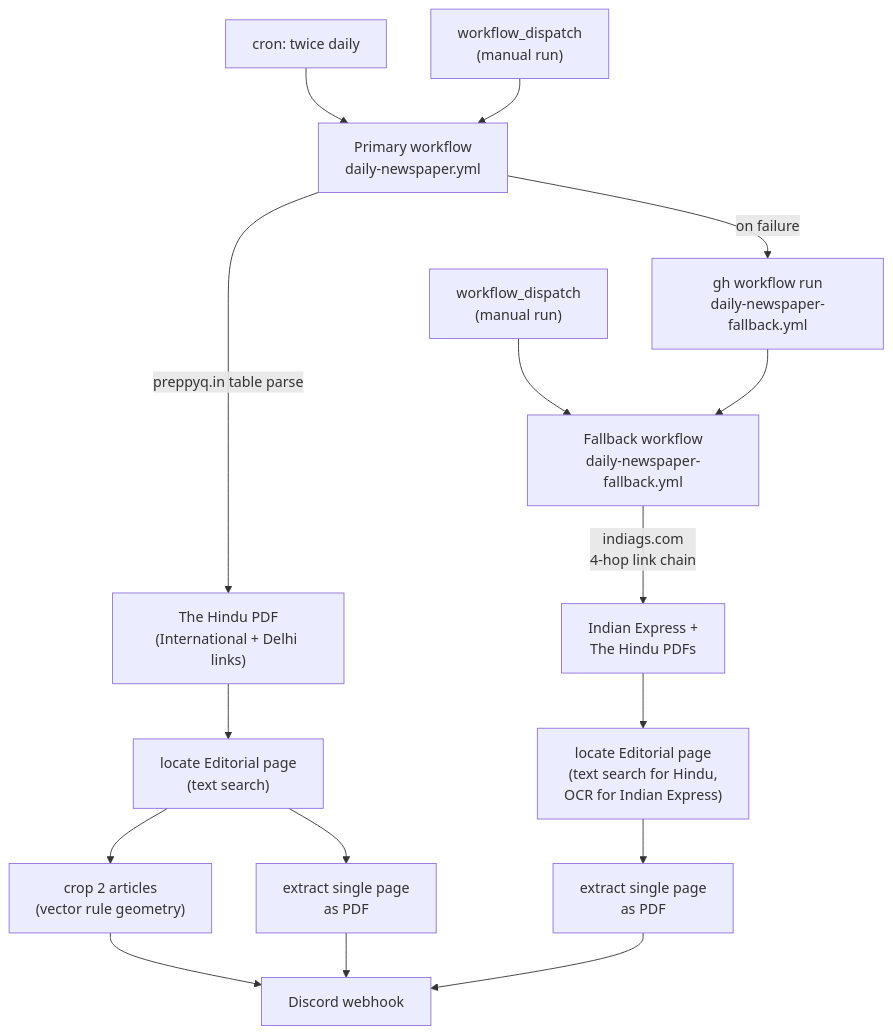
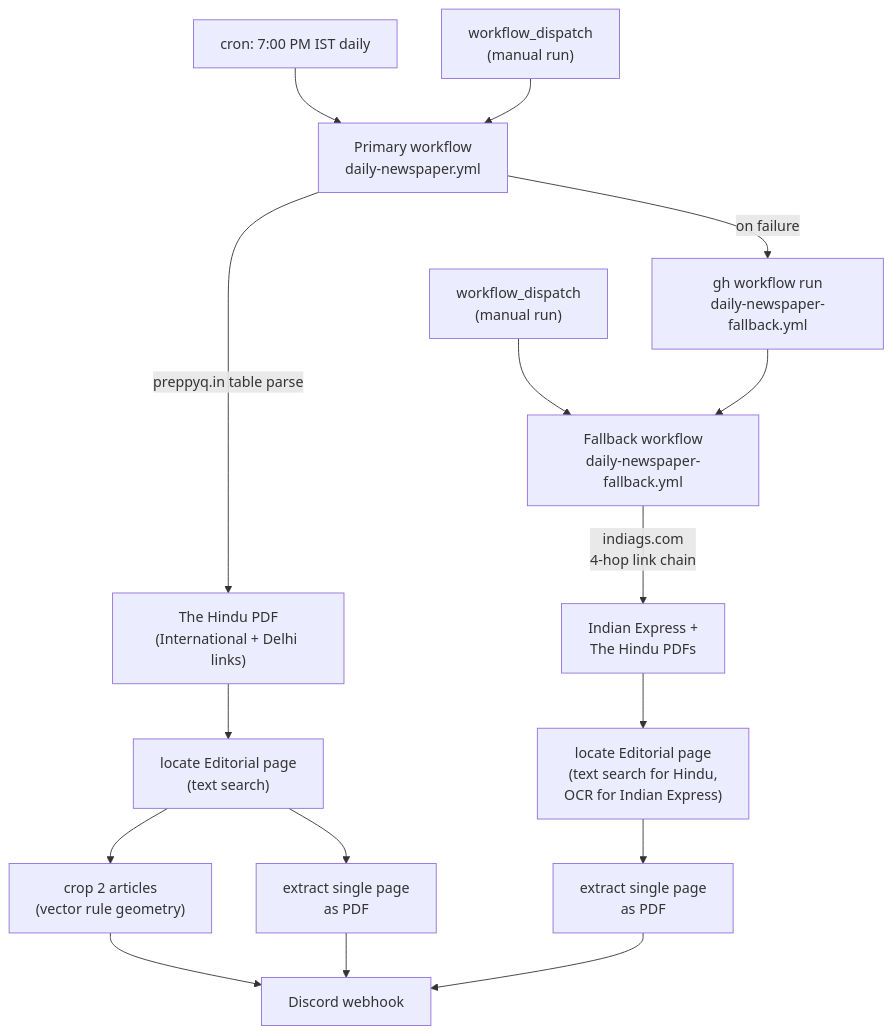
One commit to mantavyam/epaper-automation changed the first of 3 diagrams in README.md. Above: the diagram before and after it, drawn with Mermaid. The commit also changed other lines of this file and 305 other files, not shown here.

````diff
--- a/README.md
+++ b/README.md
@@ -12,19 +12,19 @@
 ```mermaid
 flowchart TD
-    cron["cron: twice daily"] --> primary["Primary workflow\ndaily-newspaper.yml"]
+    cron["cron: 7:00 PM IST daily"] --> primary["Primary workflow\ndaily-newspaper.yml"]
     manual1["workflow_dispatch\n(manual run)"] --> primary
     primary -->|"preppyq.in table parse"| hindu_pdf["The Hindu PDF\n(International + Delhi links)"]
     hindu_pdf --> locate1["locate Editorial page\n(text search)"]
     locate1 --> crop["crop 2 articles\n(vector rule geometry)"]
     locate1 --> single1["extract single page\nas PDF"]
     crop --> discord["Discord webhook"]
     single1 --> discord
 
     primary -->|"on failure"| dispatch["gh workflow run\ndaily-newspaper-fallback.yml"]
     manual2["workflow_dispatch\n(manual run)"] --> fallback
     dispatch --> fallback["Fallback workflow\ndaily-newspaper-fallback.yml"]
     fallback -->|"indiags.com\n4-hop link chain"| ie_pdf["Indian Express +\nThe Hindu PDFs"]
     ie_pdf --> locate2["locate Editorial page\n(text search for Hindu,\nOCR for Indian Express)"]
     locate2 --> single2["extract single page\nas PDF"]
     single2 --> discord
 ```
````
